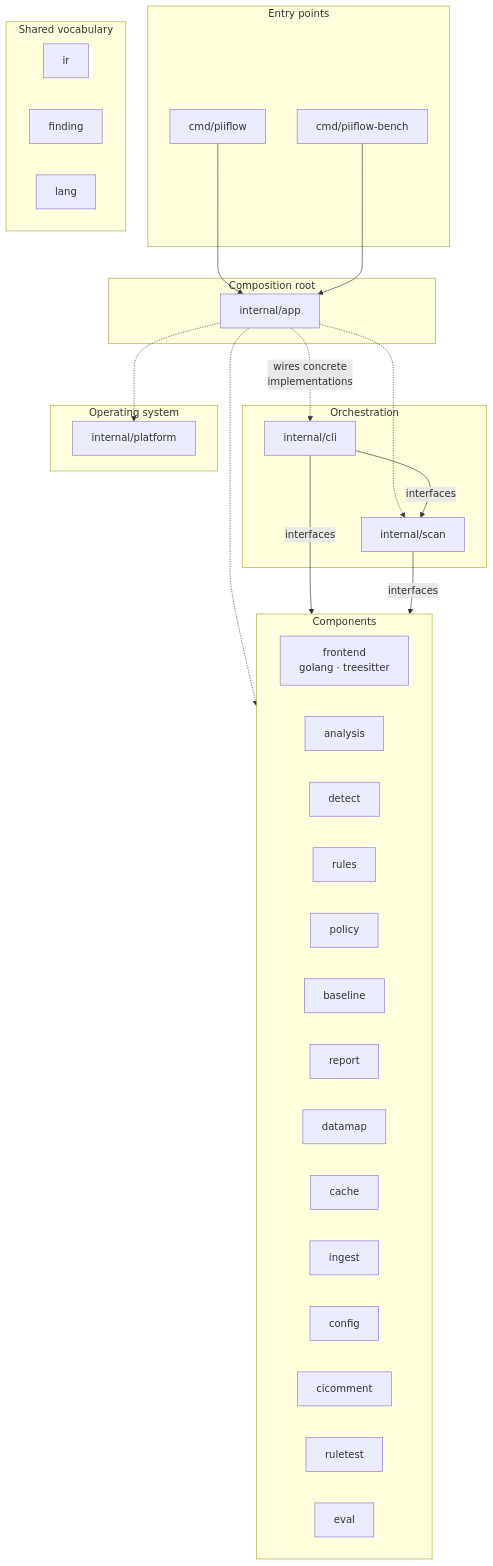
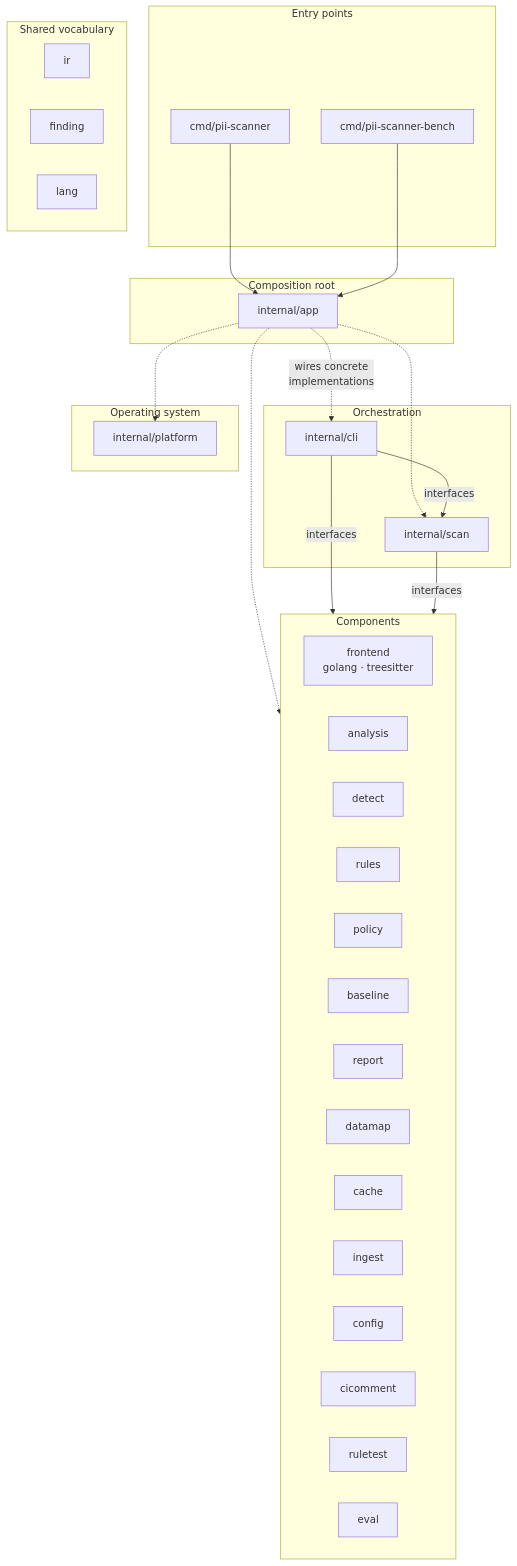
Before and after one commit to GoNetTools/datawarden: the second of 4 diagrams in docs/ARCHITECTURE.md, drawn with Mermaid. The commit also changed other lines of this file and 113 other files, not shown here.

First line of the commit message:
Rename piiflow to pii-scanner

````diff
--- a/docs/ARCHITECTURE.md
+++ b/docs/ARCHITECTURE.md
@@ -62,48 +62,48 @@
 ```mermaid
 flowchart TB
     subgraph ENTRY ["Entry points"]
-        CMDP["cmd/piiflow"]
-        BENCH["cmd/piiflow-bench"]
+        CMDP["cmd/pii-scanner"]
+        BENCH["cmd/pii-scanner-bench"]
     end
     subgraph ROOT ["Composition root"]
         APP["internal/app"]
     end
     subgraph ORCH ["Orchestration"]
         CLI["internal/cli"]
         SCAN["internal/scan"]
     end
     subgraph COMP ["Components"]
         FRONT["frontend<br/>golang · treesitter"]
         ANALYSIS["analysis"]
         DETECT["detect"]
         RULES["rules"]
         POL["policy"]
         BASEL["baseline"]
         REP["report"]
         DMAP["datamap"]
         CACHEP["cache"]
         INGEST["ingest"]
         CONF["config"]
         CICOM["cicomment"]
         RTEST["ruletest"]
         EVAL["eval"]
     end
     subgraph OS ["Operating system"]
         PLAT["internal/platform"]
     end
     subgraph VOCAB ["Shared vocabulary"]
         IR["ir"]
         FIND["finding"]
         LANG["lang"]
     end
 
     CMDP --> APP
     BENCH --> APP
     APP -. "wires concrete<br/>implementations" .-> CLI
     APP -.-> SCAN
     APP -.-> COMP
     APP -.-> PLAT
     CLI -- interfaces --> SCAN
     CLI -- interfaces --> COMP
     SCAN -- interfaces --> COMP
 ```
````
